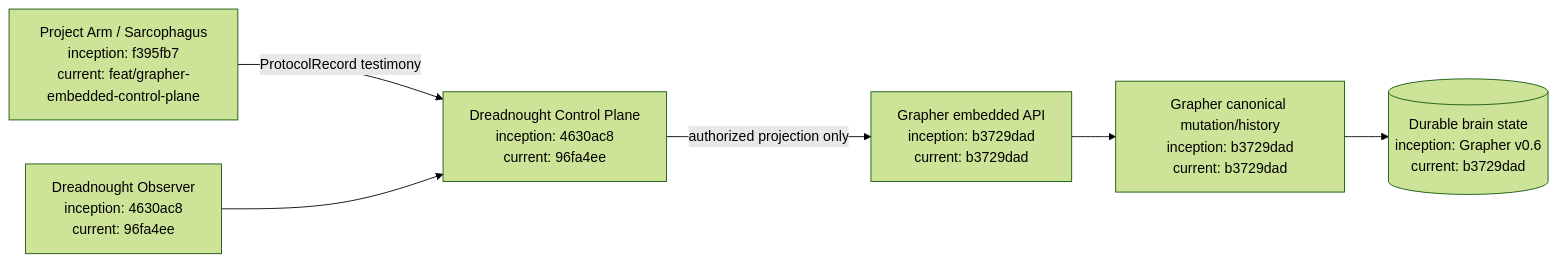
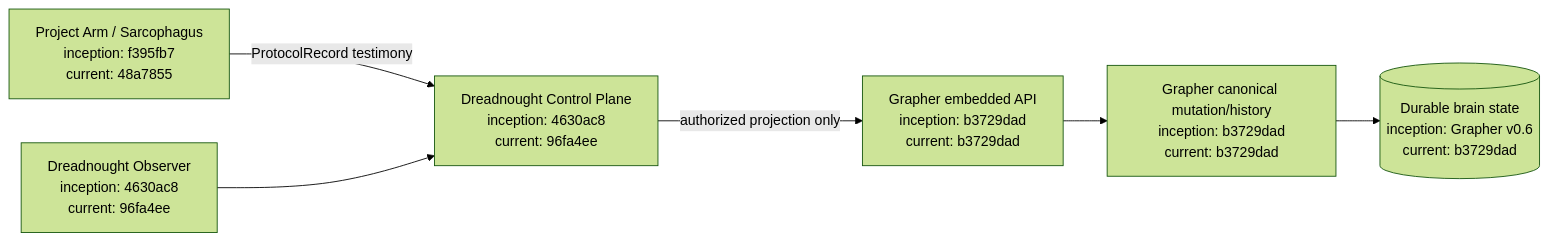
The first of 2 diagrams in docs/GRAPHER_INTEGRATION.md (seanbman/dreadnought), drawn with Mermaid (forest theme) before and after one commit. The commit also changed other lines of this file, not shown here.

Commit message:
Add Grapher integration document index

````diff
--- a/docs/GRAPHER_INTEGRATION.md
+++ b/docs/GRAPHER_INTEGRATION.md
@@ -21,8 +30,8 @@
 ```mermaid
 flowchart LR
-    A[Project Arm / Sarcophagus\ninception: f395fb7\ncurrent: feat/grapher-embedded-control-plane] -->|ProtocolRecord testimony| D[Dreadnought Control Plane\ninception: 4630ac8\ncurrent: 96fa4ee]
+    A[Project Arm / Sarcophagus\ninception: f395fb7\ncurrent: 48a7855] -->|ProtocolRecord testimony| D[Dreadnought Control Plane\ninception: 4630ac8\ncurrent: 96fa4ee]
     O[Dreadnought Observer\ninception: 4630ac8\ncurrent: 96fa4ee] --> D
     D -->|authorized projection only| E[Grapher embedded API\ninception: b3729dad\ncurrent: b3729dad]
     E --> G[Grapher canonical mutation/history\ninception: b3729dad\ncurrent: b3729dad]
     G --> B[(Durable brain state\ninception: Grapher v0.6\ncurrent: b3729dad)]
 ```
````
